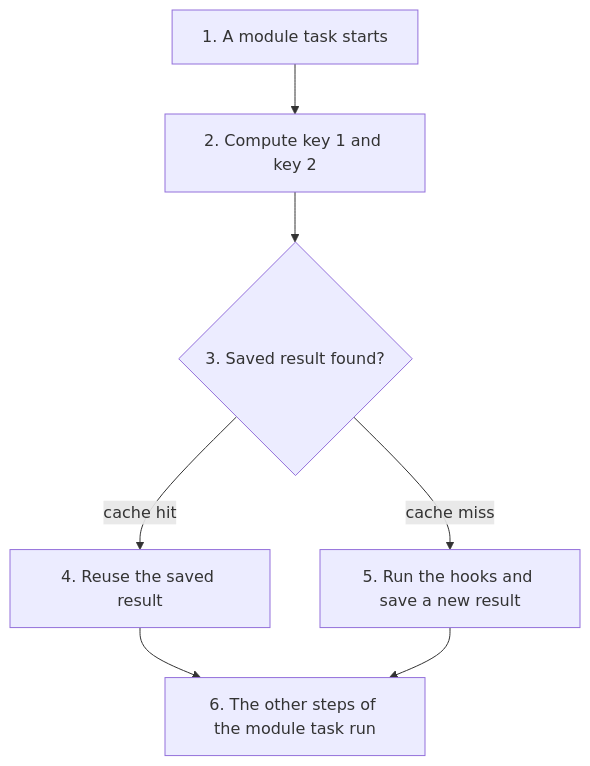
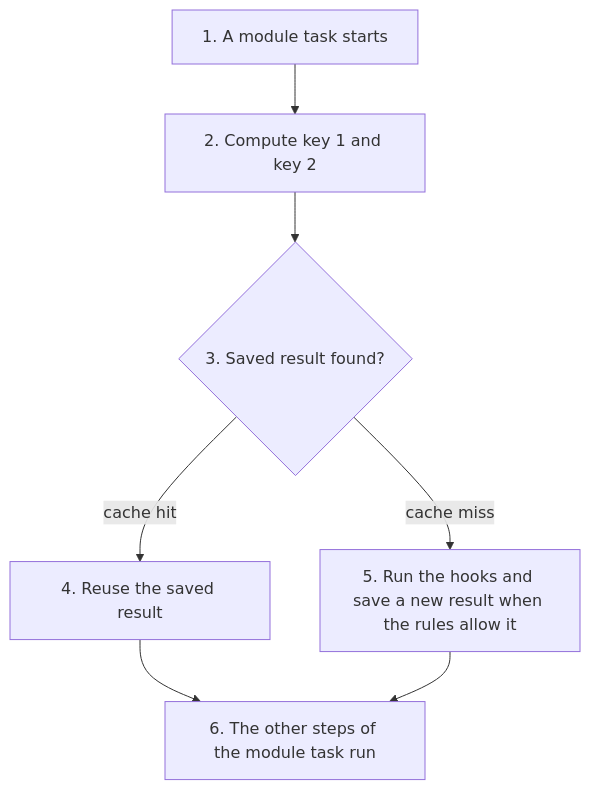
One commit to rolldown/cache changed the first of 3 diagrams in design-docs/0002-persistent-scan-cache.md. Above: the diagram before and after it, drawn with Mermaid. The commit also changed other lines of this file and 3 other files, not shown here.

````diff
--- a/design-docs/0002-persistent-scan-cache.md
+++ b/design-docs/0002-persistent-scan-cache.md
@@ -70,9 +77,9 @@
 ```mermaid
 flowchart TD
     T["1. A module task starts"] --> K["2. Compute key 1 and key 2"]
     K --> Q{"3. Saved result found?"}
     Q -- "cache hit" --> R["4. Reuse the saved result"]
-    Q -- "cache miss" --> H["5. Run the hooks and save a new result"]
+    Q -- "cache miss" --> H["5. Run the hooks and save a new result when the rules allow it"]
     R --> N["6. The other steps of the module task run"]
     H --> N
 ```
````
